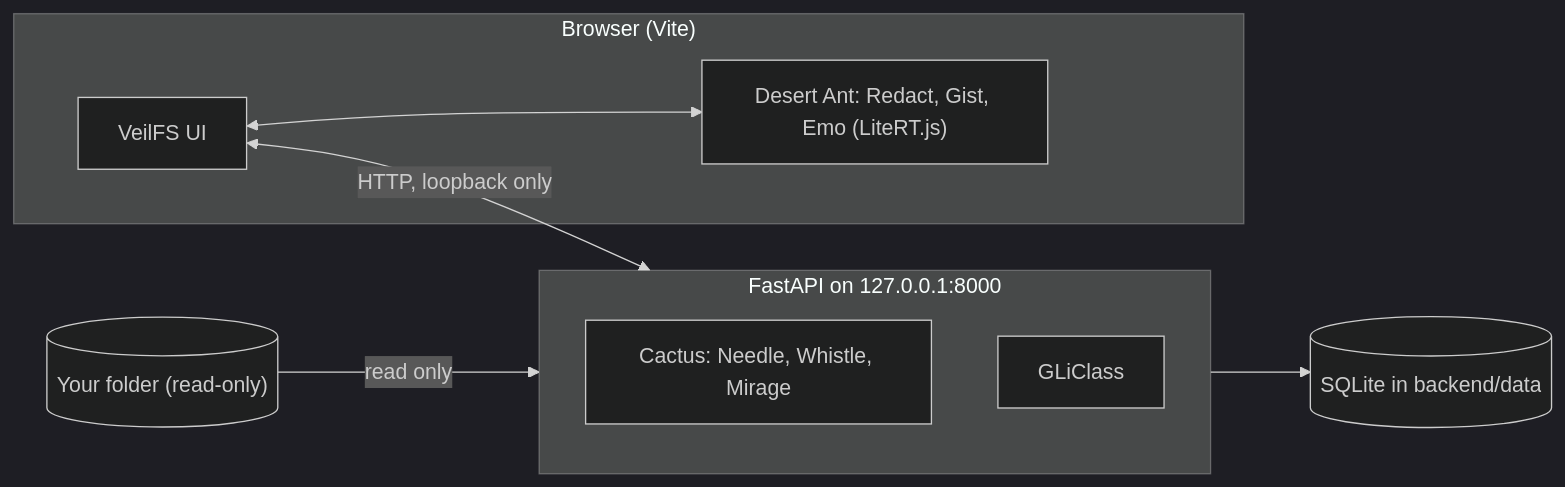
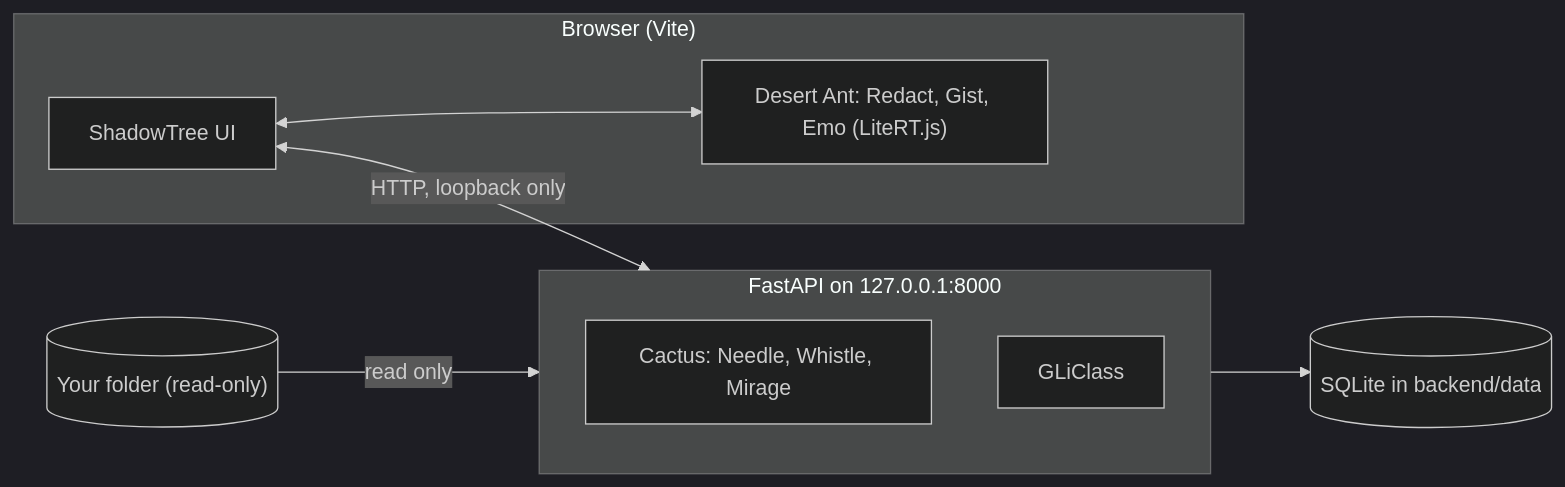
Before and after one commit to Prabodh1231/ShadowTree: the diagram in README.md, drawn with Mermaid (dark theme). The commit also changed other lines of this file and 13 other files, not shown here.

Commit message:
chore: rename to ShadowTree (one word) in all user-visible text; add story, thumbnail, owner plan; ignore demo-video

````diff
--- a/README.md
+++ b/README.md
@@ -24,17 +24,17 @@
 ```mermaid
 flowchart LR
   subgraph Browser["Browser (Vite)"]
-    UI["VeilFS UI"]
+    UI["ShadowTree UI"]
     DA["Desert Ant: Redact, Gist, Emo (LiteRT.js)"]
   end
   subgraph Backend["FastAPI on 127.0.0.1:8000"]
     CA["Cactus: Needle, Whistle, Mirage"]
     GL["GLiClass"]
   end
   DB[("SQLite in backend/data")]
   Disk[("Your folder (read-only)")]
   UI <--> DA
   UI <-->|"HTTP, loopback only"| Backend
   Backend --> DB
   Disk -->|"read only"| Backend
 ```
````
